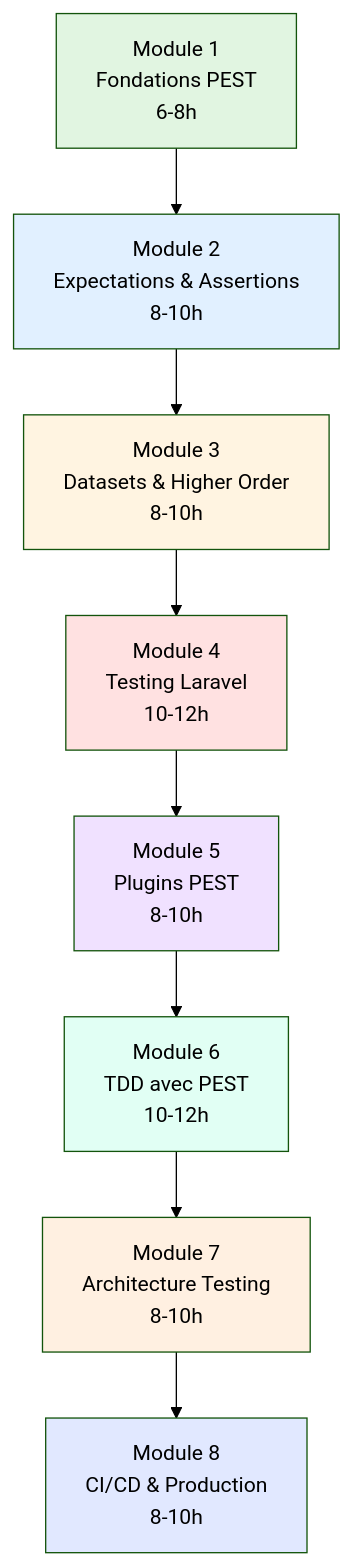
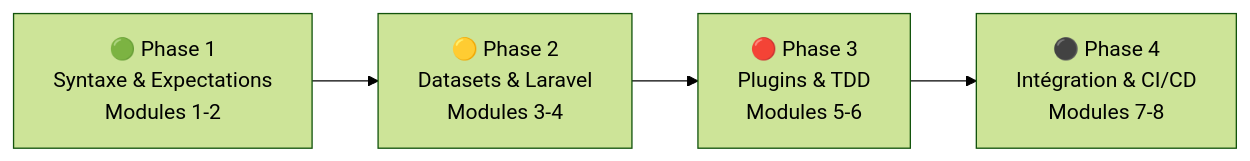
One commit to zyrass/omnydocs changed the diagram in docs/dev-cloud/tests-qualite/pest/index.md. Above: the diagram before and after it, drawn with Mermaid (forest theme). The commit also changed other lines of this file and 1246 other files, not shown here.

````diff
--- a/docs/dev-cloud/tests-qualite/pest/index.md
+++ b/docs/dev-cloud/tests-qualite/pest/index.md
@@ -54,28 +28,6 @@
 ```mermaid
-graph TB
-    M1[Module 1<br/>Fondations PEST<br/>6-8h]
-    M2[Module 2<br/>Expectations & Assertions<br/>8-10h]
-    M3[Module 3<br/>Datasets & Higher Order<br/>8-10h]
-    M4[Module 4<br/>Testing Laravel<br/>10-12h]
-    M5[Module 5<br/>Plugins PEST<br/>8-10h]
-    M6[Module 6<br/>TDD avec PEST<br/>10-12h]
-    M7[Module 7<br/>Architecture Testing<br/>8-10h]
-    M8[Module 8<br/>CI/CD & Production<br/>8-10h]
-    
-    M1 --> M2
-    M2 --> M3
-    M3 --> M4
-    M4 --> M5
-    M5 --> M6
-    M6 --> M7
-    M7 --> M8
-    
-    style M1 fill:#e1f5e1
-    style M2 fill:#e1f0ff
-    style M3 fill:#fff4e1
-    style M4 fill:#ffe1e1
-    style M5 fill:#f0e1ff
-    style M6 fill:#e1fff4
-    style M7 fill:#fff0e1
-    style M8 fill:#e1e8ff
+flowchart LR
+    P1["🟢 Phase 1<br/>Syntaxe & Expectations<br/>Modules 1-2"] --> P2["🟡 Phase 2<br/>Datasets & Laravel<br/>Modules 3-4"]
+    P2 --> P3["🔴 Phase 3<br/>Plugins & TDD<br/>Modules 5-6"]
+    P3 --> P4["⚫ Phase 4<br/>Intégration & CI/CD<br/>Modules 7-8"]
 ```
````
